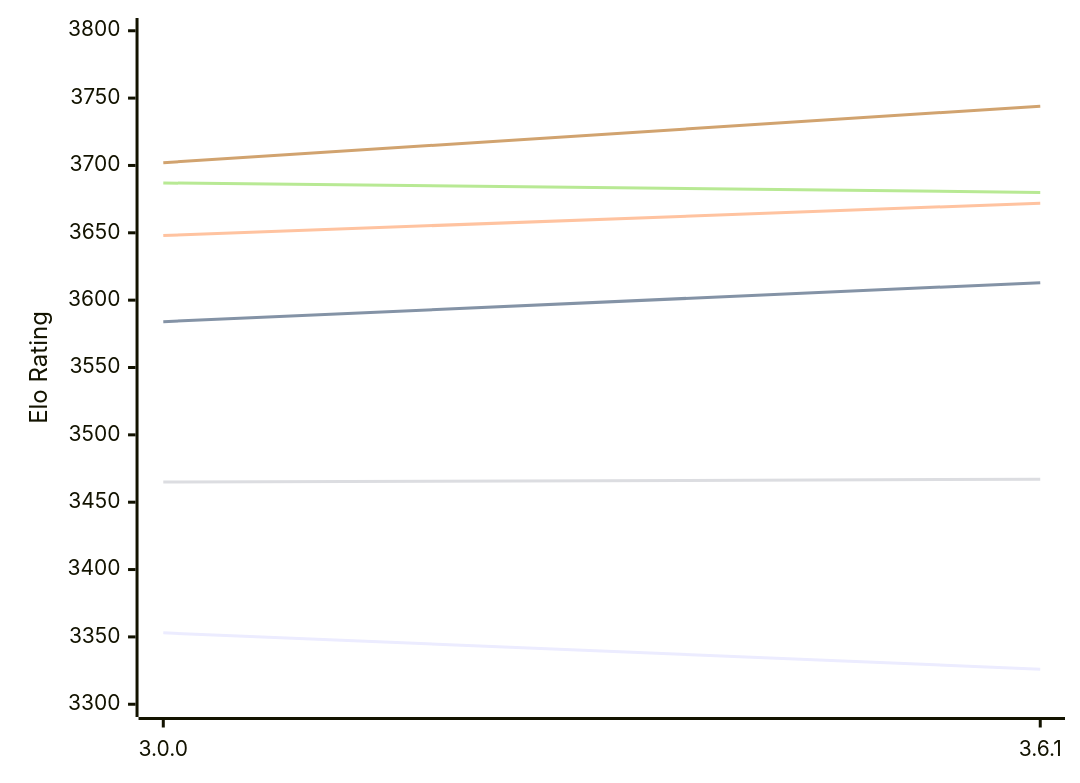
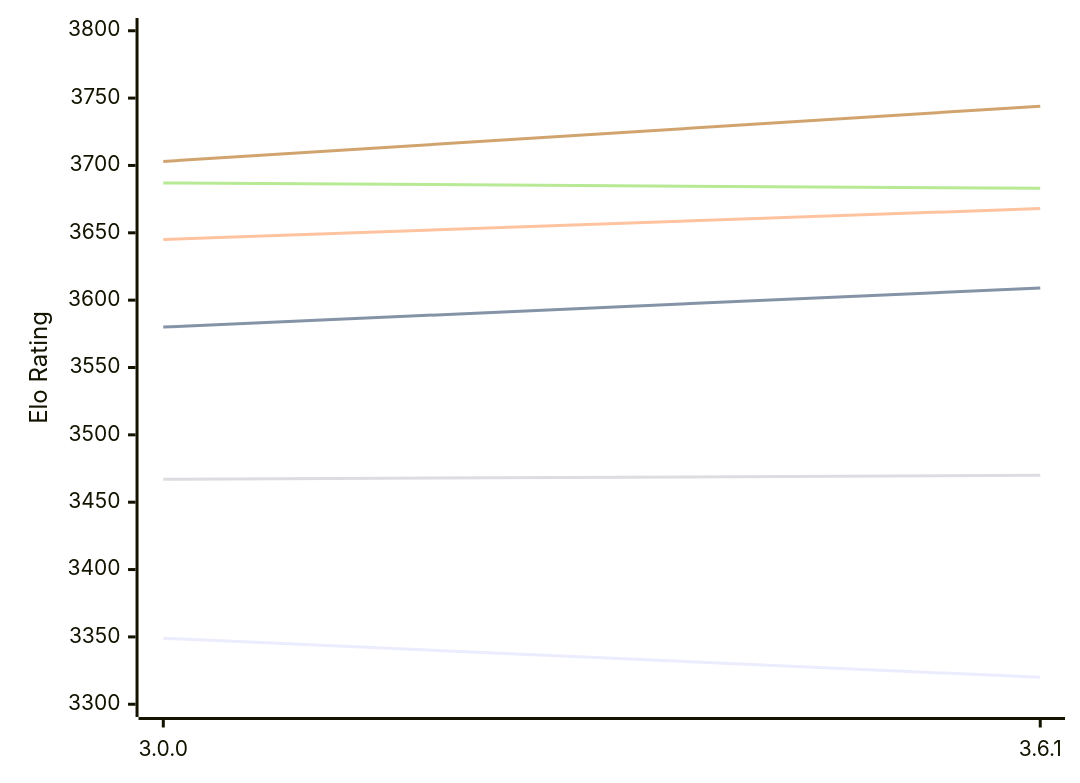
Before and after one commit to computer-chess-index/cci: the diagram in engines/Peras.md, drawn with Mermaid. The commit also changed other lines of this file, not shown here.

Commit message:
Update CCI Ratings (ELO VLTC) - 2026-11-09

````diff
--- a/engines/Peras.md
+++ b/engines/Peras.md
@@ -49,12 +49,12 @@
 ```mermaid
 %%{init: {"theme":"base","themeVariables":{"seriesColors:['#a3a3a3','#222221','#faa371']}}}%%
 xychart-beta
   x-axis ["3.0.0", "3.6.1"]
   y-axis "Elo Rating" 3300 --> 3800
-  line "E1: STC (8.0+0.08s)" [3353, 3326]
-  line "E1: LTC (60.0+0.60s)" [3584, 3613]
-  line "E1: VLTC (2m24s+1.12s)" [3648, 3672]
-  line "P1: STC (8.0+0.08s)" [3465, 3467]
-  line "P1: LTC (60.0+0.60s)" [3687, 3680]
-  line "P1: VLTC (2m24s+1.12s)" [3702, 3744]
+  line "E1: STC (8.0+0.08s)" [3349, 3320]
+  line "E1: LTC (60.0+0.60s)" [3580, 3609]
+  line "E1: VLTC (2m24s+1.12s)" [3645, 3668]
+  line "P1: STC (8.0+0.08s)" [3467, 3470]
+  line "P1: LTC (60.0+0.60s)" [3687, 3683]
+  line "P1: VLTC (2m24s+1.12s)" [3703, 3744]
 ```
````
